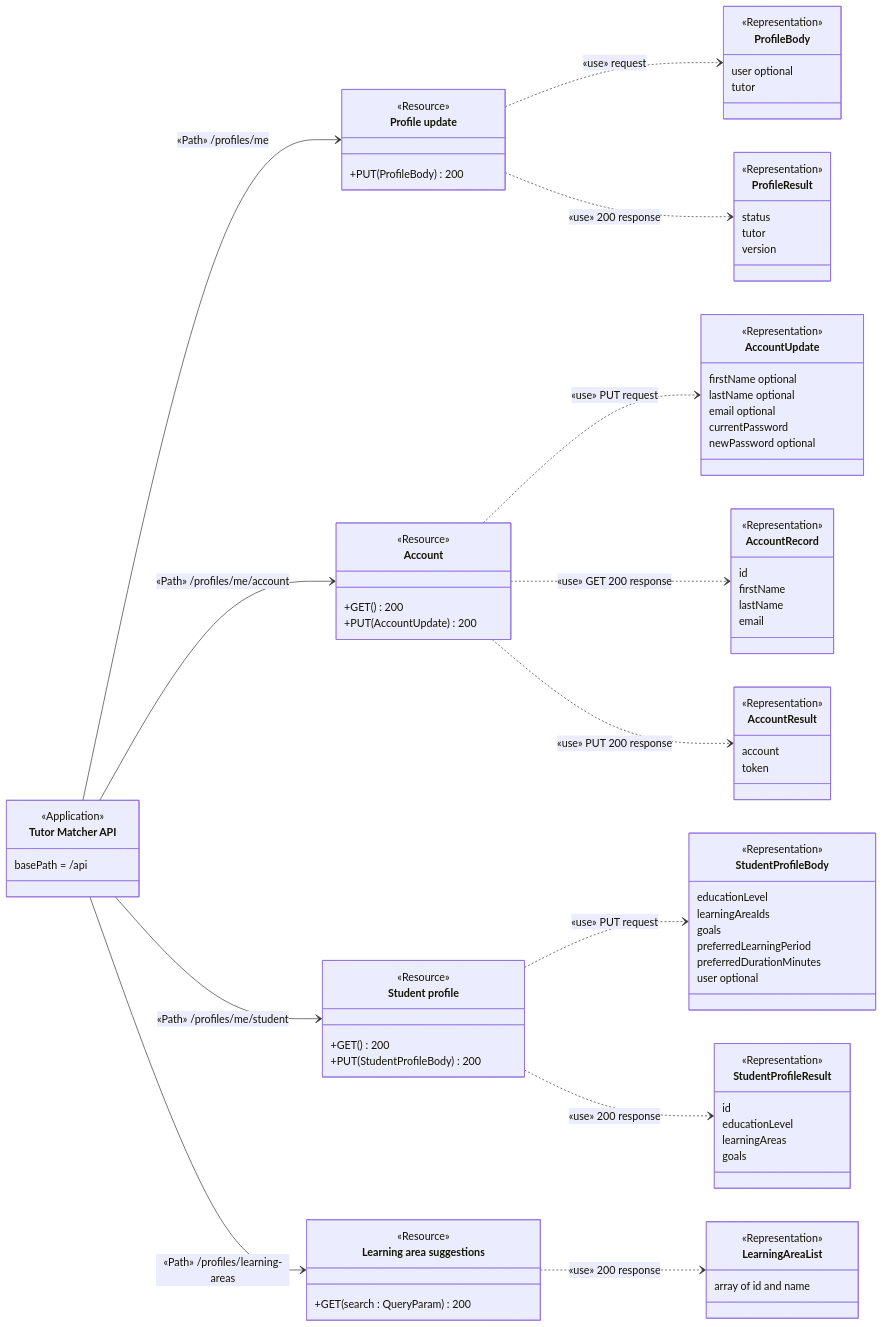
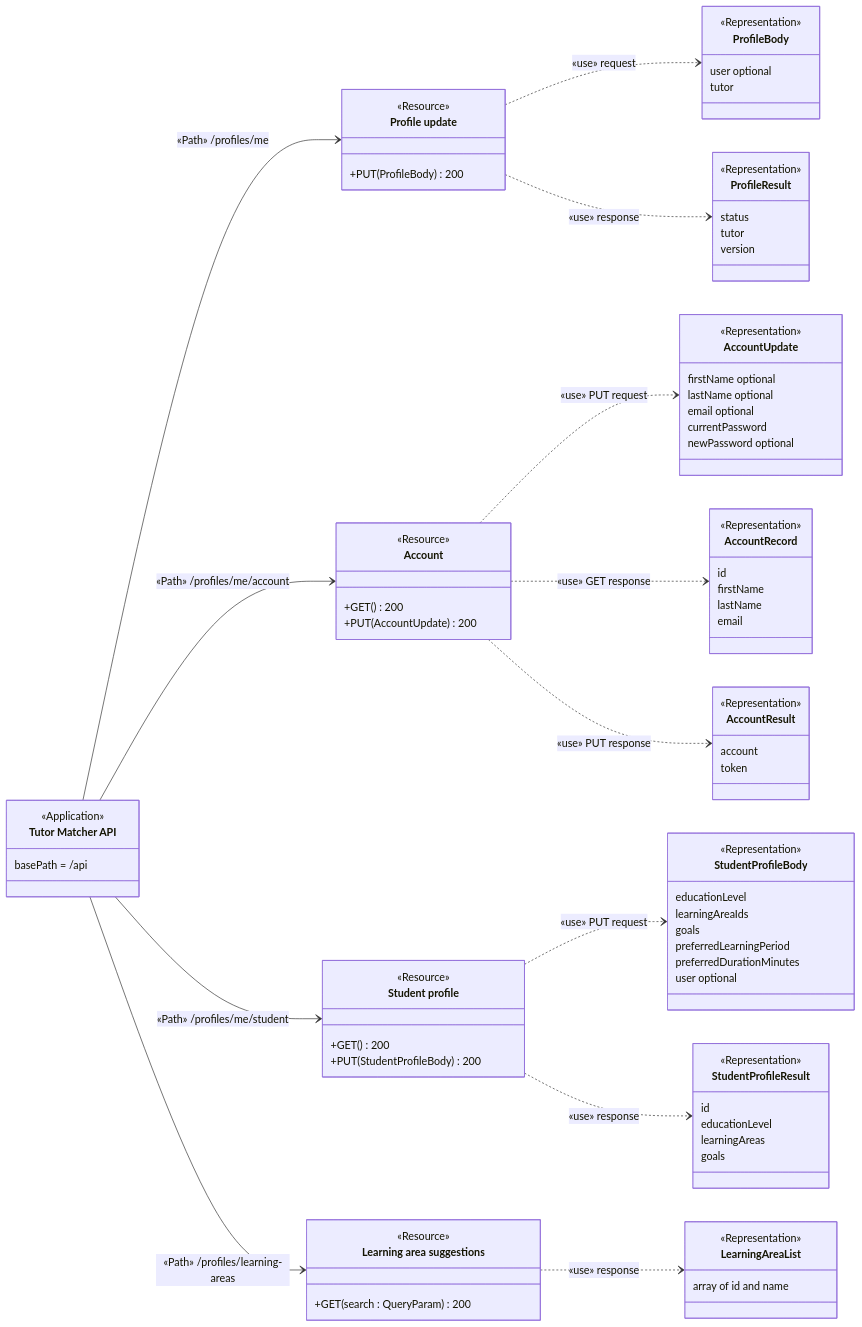
Before and after one commit to Azther0z/tutor-matcher: the third of 15 diagrams in docs/api-diagram.md, drawn with Mermaid. The commit also changed other lines of this file, not shown here.

````diff
--- a/docs/api-diagram.md
+++ b/docs/api-diagram.md
@@ -255,11 +255,11 @@
   API --> Student : «Path» /profiles/me/student
   API --> Areas : «Path» /profiles/learning-areas
   Profile ..> ProfileBody : «use» request
-  Profile ..> ProfileResult : «use» 200 response
+  Profile ..> ProfileResult : «use» response
   Account ..> AccountUpdate : «use» PUT request
-  Account ..> AccountRecord : «use» GET 200 response
-  Account ..> AccountResult : «use» PUT 200 response
+  Account ..> AccountRecord : «use» GET response
+  Account ..> AccountResult : «use» PUT response
   Student ..> StudentProfileBody : «use» PUT request
-  Student ..> StudentProfileResult : «use» 200 response
-  Areas ..> LearningAreaList : «use» 200 response
+  Student ..> StudentProfileResult : «use» response
+  Areas ..> LearningAreaList : «use» response
 ```
````
